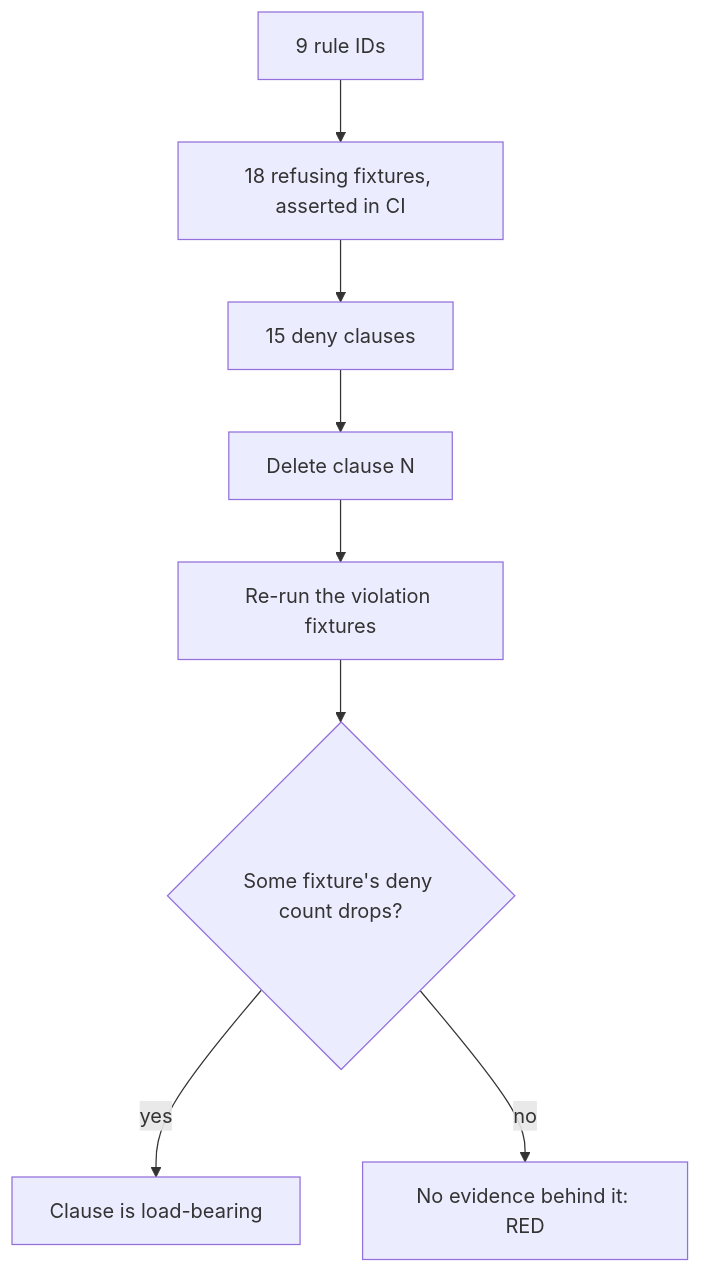
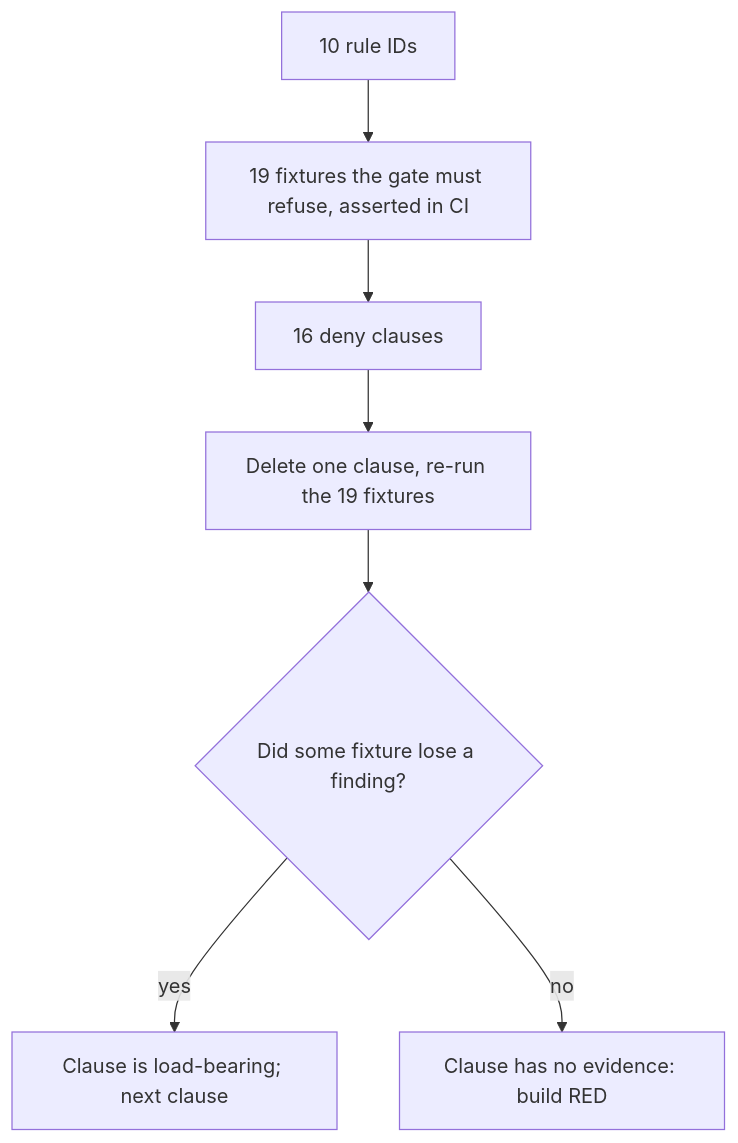
The third of 5 diagrams in README.md (hossainpazooki/network-as-code), drawn with Mermaid before and after one commit. The commit also changed other lines of this file, not shown here.

Commit message:
docs: README for a skimming reader, Terraform first, diagrams redone

````diff
--- a/README.md
+++ b/README.md
@@ -77,10 +105,9 @@
 ```mermaid
 flowchart TD
-    A["9 rule IDs"] --> B["18 refusing fixtures, asserted in CI"]
-    B --> C["15 deny clauses"]
-    C --> D["Delete clause N"]
-    D --> E["Re-run the violation fixtures"]
-    E --> F{"Some fixture's deny count drops?"}
-    F -->|yes| G["Clause is load-bearing"]
-    F -->|no| H["No evidence behind it: RED"]
+    A["10 rule IDs"] --> B["19 fixtures the gate must refuse, asserted in CI"]
+    B --> C["16 deny clauses"]
+    C --> D["Delete one clause, re-run the 19 fixtures"]
+    D --> E{"Did some fixture lose a finding?"}
+    E -->|yes| F["Clause is load-bearing; next clause"]
+    E -->|no| G["Clause has no evidence: build RED"]
 ```
````
